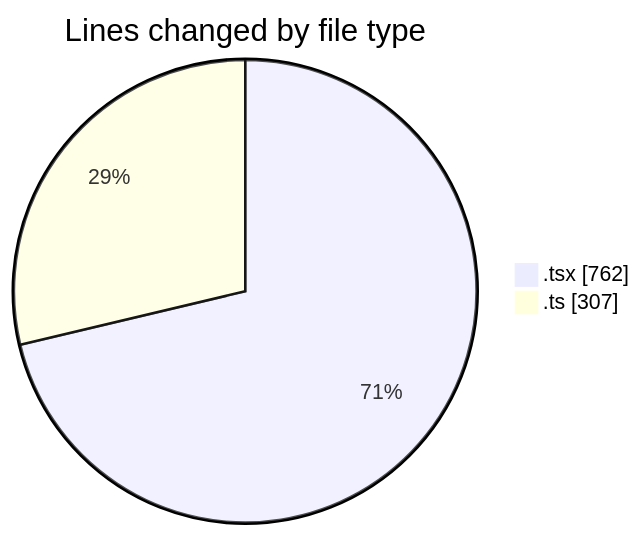
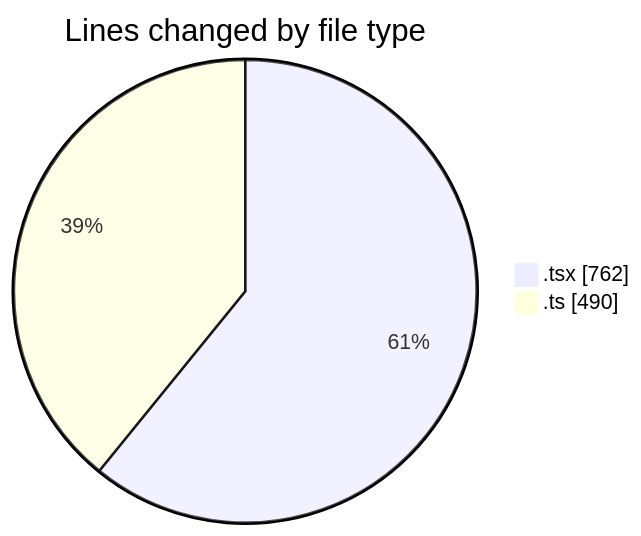
Before and after one commit to robertbonfada/code-tracking: the first of 2 diagrams in 2025-05-20/mbc-web/README.md, drawn with Mermaid. The commit also changed other lines of this file and 1 other file, not shown here.

````diff
--- a/2025-05-20/mbc-web/README.md
+++ b/2025-05-20/mbc-web/README.md
@@ -24,6 +26,6 @@
 ```mermaid
 pie showData
 title Lines changed by file type
 ".tsx" : 762
-".ts" : 307
+".ts" : 490
 ```
````
